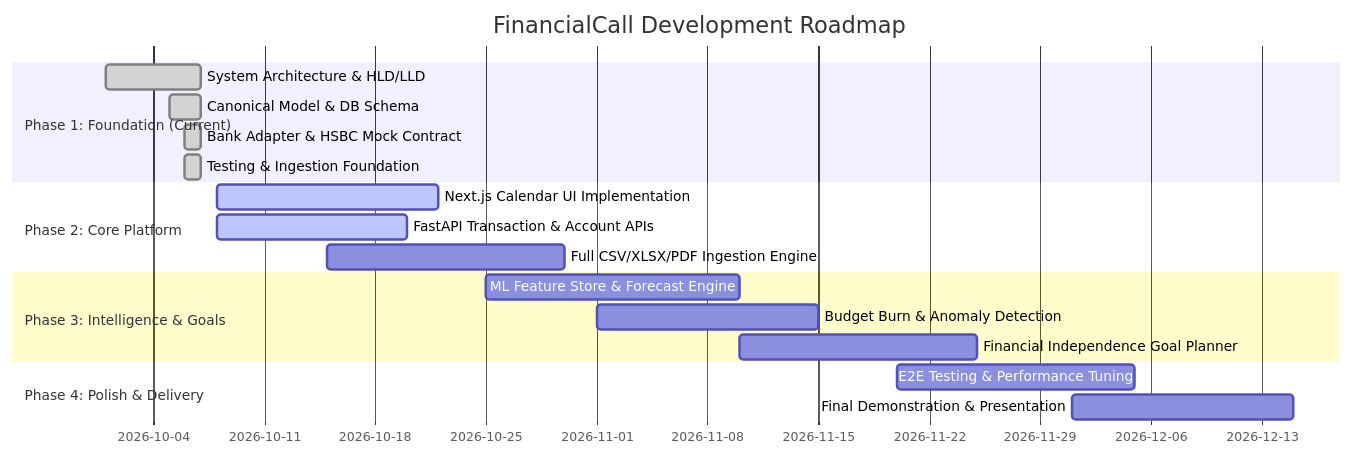
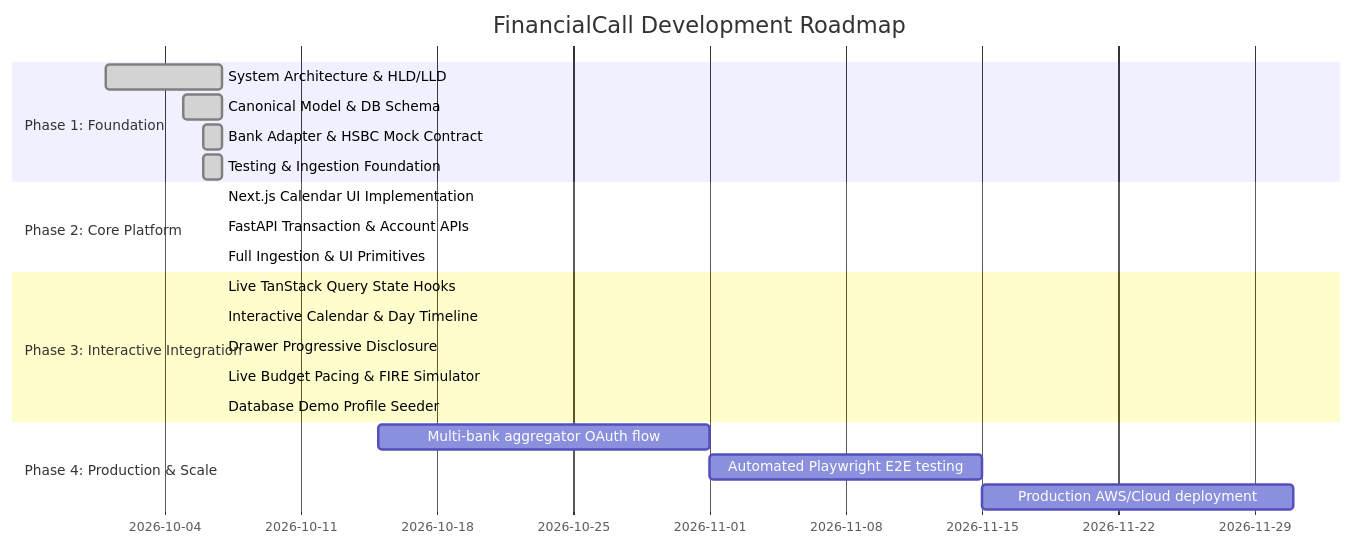
The diagram in docs/product/roadmap.md (EncrypterParv/Finora), drawn with Mermaid before and after one commit. The commit also changed other lines of this file, not shown here.

Commit message:
docs(product): update roadmap for Phase 3 interactive milestone

````diff
--- a/docs/product/roadmap.md
+++ b/docs/product/roadmap.md
@@ -3,24 +3,27 @@
 ```mermaid
 gantt
     title FinancialCall Development Roadmap
     dateFormat  YYYY-MM-DD
-    section Phase 1: Foundation (Current)
+    section Phase 1: Foundation
     System Architecture & HLD/LLD       :done,    p1_1, 2026-10-01, 2026-10-07
     Canonical Model & DB Schema         :done,    p1_2, 2026-10-05, 2026-10-07
     Bank Adapter & HSBC Mock Contract   :done,    p1_3, 2026-10-06, 2026-10-07
     Testing & Ingestion Foundation      :done,    p1_4, 2026-10-06, 2026-10-07
     
     section Phase 2: Core Platform
-    Next.js Calendar UI Implementation  :active,  p2_1, 2026-10-08, 2026-10-22
-    FastAPI Transaction & Account APIs  :active,  p2_2, 2026-10-08, 2026-10-20
-    Full CSV/XLSX/PDF Ingestion Engine  :         p2_3, 2026-10-15, 2026-10-30
+    Next.js Calendar UI Implementation  :done,    p2_1, 2026-10-07, 2026-10-07
+    FastAPI Transaction & Account APIs  :done,    p2_2, 2026-10-07, 2026-10-07
+    Full Ingestion & UI Primitives      :done,    p2_3, 2026-10-07, 2026-10-07
     
-    section Phase 3: Intelligence & Goals
-    ML Feature Store & Forecast Engine  :         p3_1, 2026-10-25, 2026-11-10
-    Budget Burn & Anomaly Detection     :         p3_2, 2026-11-01, 2026-11-15
-    Financial Independence Goal Planner :         p3_3, 2026-11-10, 2026-11-25
+    section Phase 3: Interactive Integration
+    Live TanStack Query State Hooks     :done,    p3_1, 2026-10-07, 2026-10-07
+    Interactive Calendar & Day Timeline :done,    p3_2, 2026-10-07, 2026-10-07
+    Drawer Progressive Disclosure       :done,    p3_3, 2026-10-07, 2026-10-07
+    Live Budget Pacing & FIRE Simulator :done,    p3_4, 2026-10-07, 2026-10-07
+    Database Demo Profile Seeder        :done,    p3_5, 2026-10-07, 2026-10-07
     
-    section Phase 4: Polish & Delivery
-    E2E Testing & Performance Tuning    :         p4_1, 2026-11-20, 2026-12-05
-    Final Demonstration & Presentation  :         p4_2, 2026-12-01, 2026-12-15
+    section Phase 4: Production & Scale
+    Multi-bank aggregator OAuth flow    :         p4_1, 2026-10-15, 2026-11-01
+    Automated Playwright E2E testing    :         p4_2, 2026-11-01, 2026-11-15
+    Production AWS/Cloud deployment     :         p4_3, 2026-11-15, 2026-12-01
 ```
````
